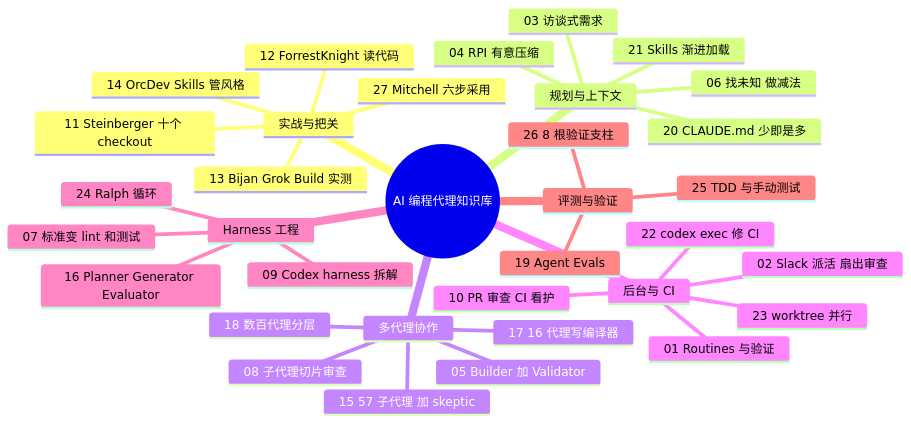
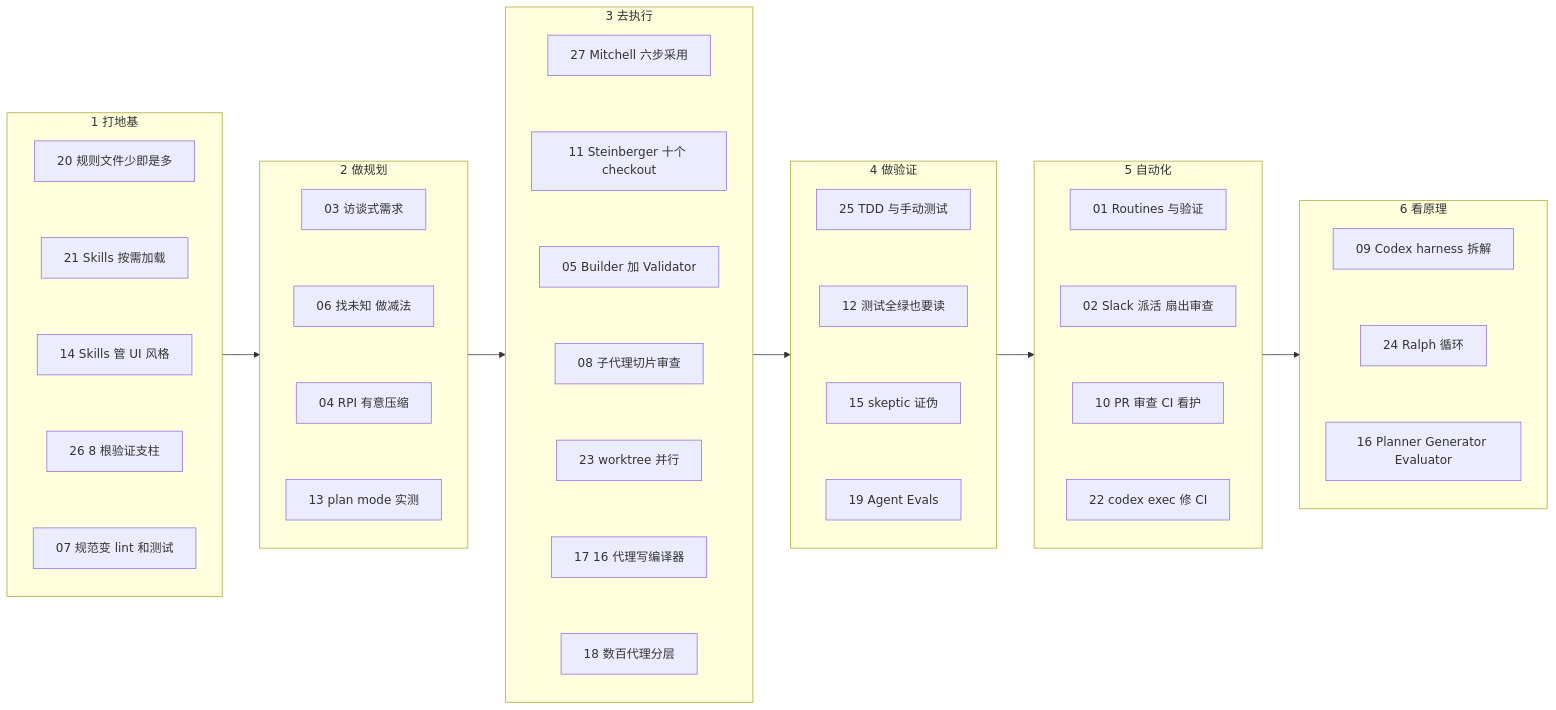
Before and after one commit to yzw7489757/ai-coding-videos: the diagram in docs/index.md, drawn with Mermaid. The commit also changed other lines of this file and 46 other files, not shown here.

````diff
--- a/docs/index.md
+++ b/docs/index.md
@@ -94,37 +103,70 @@
 ```mermaid
-mindmap
-  root((AI 编程代理知识库))
-    实战与把关
-      11 Steinberger 十个 checkout
-      14 OrcDev Skills 管风格
-      13 Bijan Grok Build 实测
-      12 ForrestKnight 读代码
-      27 Mitchell 六步采用
-    规划与上下文
-      03 访谈式需求
-      06 找未知 做减法
-      04 RPI 有意压缩
-      20 CLAUDE.md 少即是多
-      21 Skills 渐进加载
-    多代理协作
-      05 Builder 加 Validator
-      08 子代理切片审查
-      15 57 子代理 加 skeptic
-      17 16 代理写编译器
-      18 数百代理分层
-    后台与 CI
-      01 Routines 与验证
-      02 Slack 派活 扇出审查
-      10 PR 审查 CI 看护
-      22 codex exec 修 CI
-      23 worktree 并行
-    Harness 工程
-      09 Codex harness 拆解
-      07 标准变 lint 和测试
-      16 Planner Generator Evaluator
-      24 Ralph 循环
-    评测与验证
-      19 Agent Evals
-      25 TDD 与手动测试
-      26 8 根验证支柱
+flowchart LR
+  subgraph S1["1 打地基"]
+    direction TB
+    A20["20 规则文件少即是多"]
+    A21["21 Skills 按需加载"]
+    A14["14 Skills 管 UI 风格"]
+    A26["26 8 根验证支柱"]
+    A07["07 规范变 lint 和测试"]
+    A20 ~~~ A21
+    A21 ~~~ A14
+    A14 ~~~ A26
+    A26 ~~~ A07
+  end
+  subgraph S2["2 做规划"]
+    direction TB
+    A03["03 访谈式需求"]
+    A06["06 找未知 做减法"]
+    A04["04 RPI 有意压缩"]
+    A13["13 plan mode 实测"]
+    A03 ~~~ A06
+    A06 ~~~ A04
+    A04 ~~~ A13
+  end
+  subgraph S3["3 去执行"]
+    direction TB
+    A27["27 Mitchell 六步采用"]
+    A11["11 Steinberger 十个 checkout"]
+    A05["05 Builder 加 Validator"]
+    A08["08 子代理切片审查"]
+    A23["23 worktree 并行"]
+    A17["17 16 代理写编译器"]
+    A18["18 数百代理分层"]
+    A27 ~~~ A11
+    A11 ~~~ A05
+    A05 ~~~ A08
+    A08 ~~~ A23
+    A23 ~~~ A17
+    A17 ~~~ A18
+  end
+  subgraph S4["4 做验证"]
+    direction TB
+    A25["25 TDD 与手动测试"]
+    A12["12 测试全绿也要读"]
+    A15["15 skeptic 证伪"]
+    A19["19 Agent Evals"]
+    A25 ~~~ A12
+    A12 ~~~ A15
+    A15 ~~~ A19
+  end
+  subgraph S5["5 自动化"]
+    direction TB
+    A01["01 Routines 与验证"]
+    A02["02 Slack 派活 扇出审查"]
+    A10["10 PR 审查 CI 看护"]
+    A22["22 codex exec 修 CI"]
+    A01 ~~~ A02
+    A02 ~~~ A10
+    A10 ~~~ A22
+  end
+  subgraph S6["6 看原理"]
+    direction TB
+    A09["09 Codex harness 拆解"]
+    A24["24 Ralph 循环"]
+    A16["16 Planner Generator Evaluator"]
+    A09 ~~~ A24
+    A24 ~~~ A16
+  end
+  S1 --> S2 --> S3 --> S4 --> S5 --> S6
 ```
````
